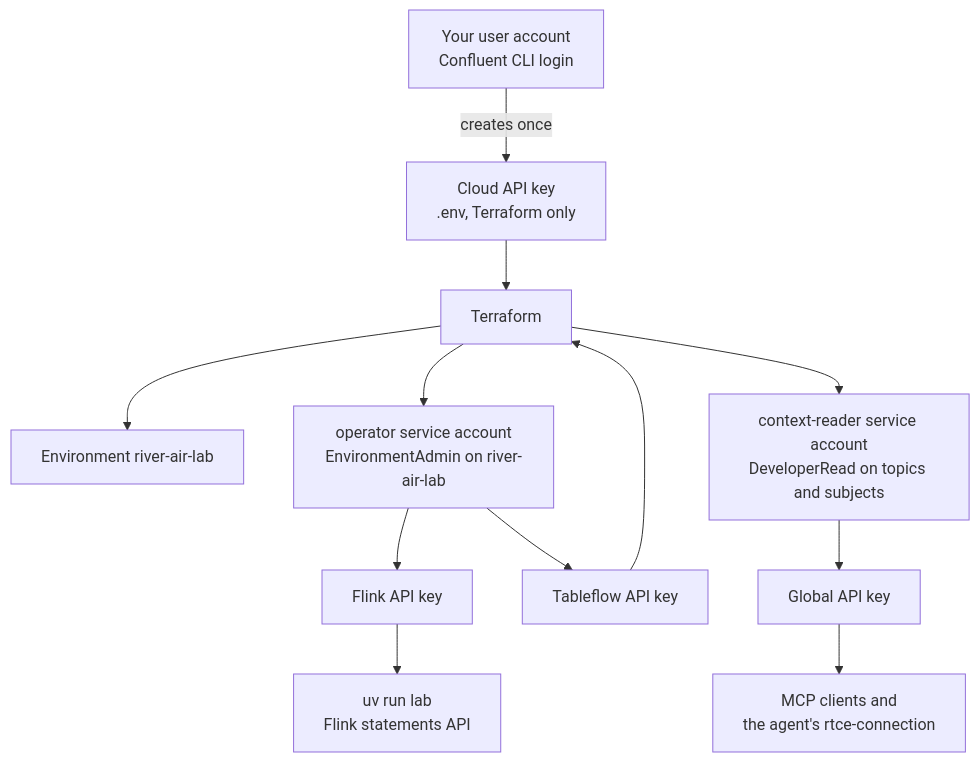
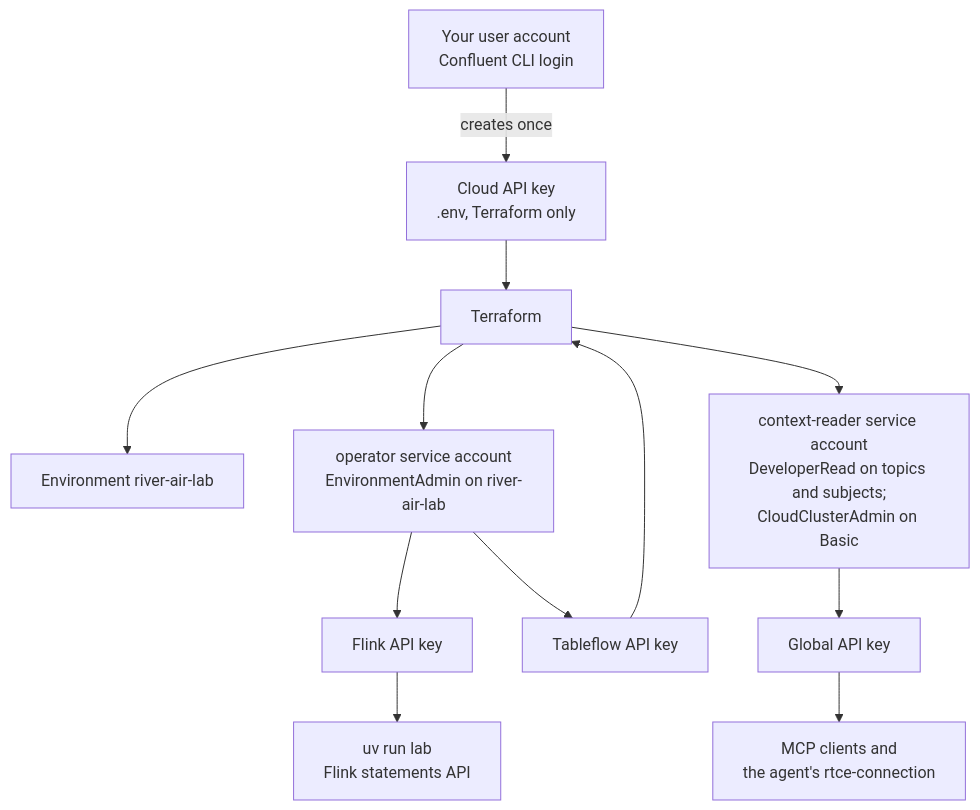
One commit to kiyeonjeon21/confluent-streamhouse-lab changed the second of 2 diagrams in docs/architecture.md. Above: the diagram before and after it, drawn with Mermaid. The commit also changed other lines of this file and 7 other files, not shown here.

````diff
--- a/docs/architecture.md
+++ b/docs/architecture.md
@@ -67,11 +67,11 @@
 ```mermaid
 flowchart TB
   U[Your user account<br/>Confluent CLI login] -->|creates once| CK[Cloud API key<br/>.env, Terraform only]
   CK --> TF[Terraform]
   TF --> ENV[Environment river-air-lab]
   TF --> OP[operator service account<br/>EnvironmentAdmin on river-air-lab]
-  TF --> CR[context-reader service account<br/>DeveloperRead on topics and subjects]
+  TF --> CR[context-reader service account<br/>DeveloperRead on topics and subjects;<br/>CloudClusterAdmin on Basic]
   OP --> FK[Flink API key] --> LAB[uv run lab<br/>Flink statements API]
   OP --> TK[Tableflow API key] --> TF
   CR --> GK[Global API key] --> MCP[MCP clients and<br/>the agent's rtce-connection]
 ```
````
